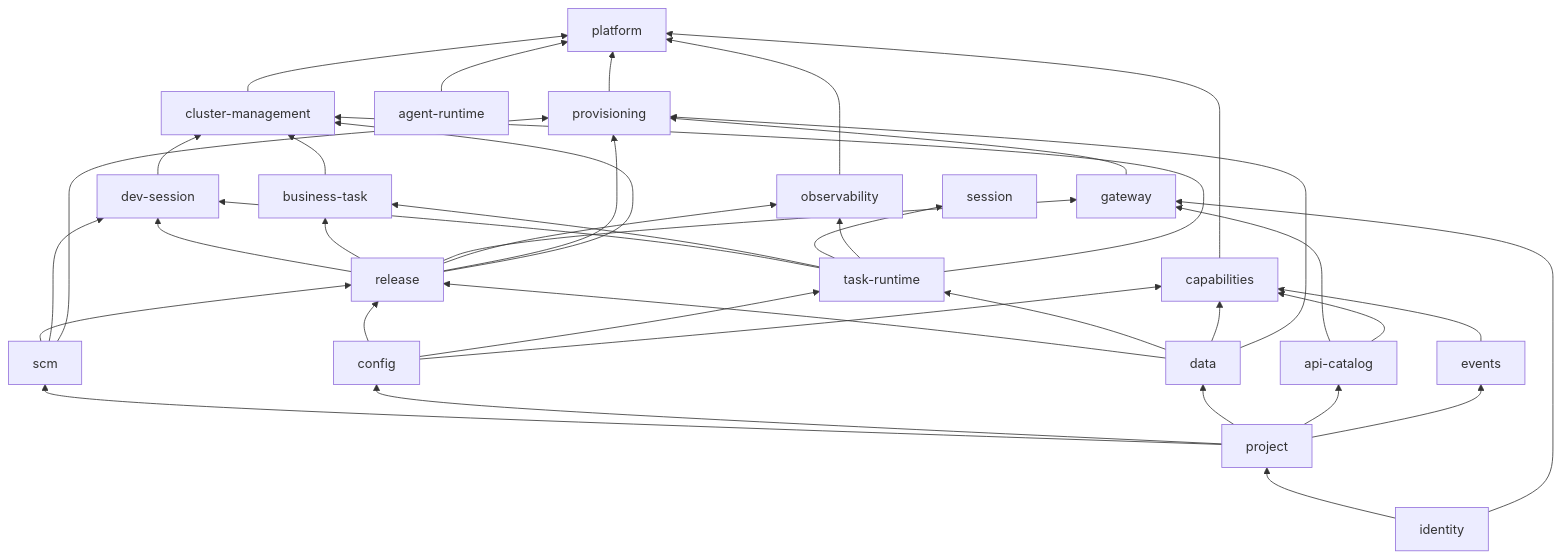
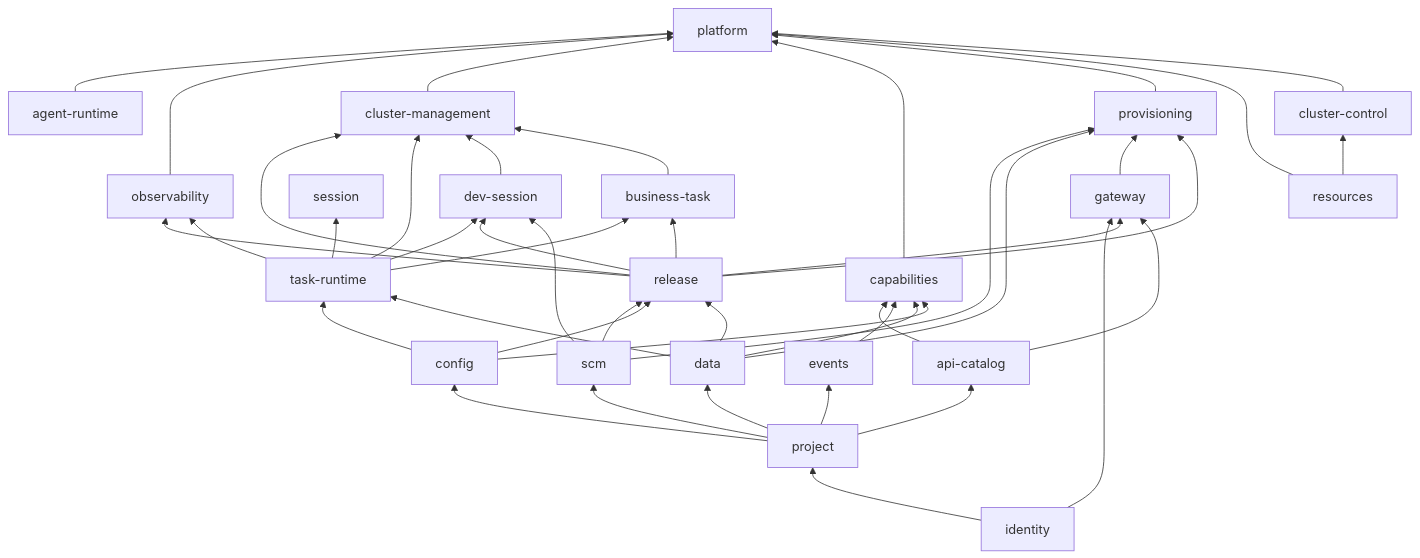
Before and after one commit to wangbinquan/CrewStation: the diagram in docs/engineering/repository-structure.md, drawn with Mermaid. The commit also changed other lines of this file and 81 other files, not shown here.

First line of the commit message:
feat(resources,cluster-control,contracts,api-client): RFC-025 第一期——资源中心台账、调和器骨架与收编空跑、标准视图与推送流

````diff
--- a/docs/engineering/repository-structure.md
+++ b/docs/engineering/repository-structure.md
@@ -212,17 +215,19 @@
 ```mermaid
 flowchart BT
   identity --> project
   project --> scm & config & data & api-catalog & events
   scm & config & data --> release
   config & data --> task-runtime
   task-runtime & release & scm --> dev-session
   task-runtime & release --> business-task
   task-runtime --> session
   identity & release & api-catalog --> gateway
   release & task-runtime --> observability
   api-catalog & events & data & config --> capabilities
   scm & data & gateway & release --> provisioning
   agent-runtime --> platform
   release & task-runtime & dev-session & business-task --> cluster-management
   observability & cluster-management & capabilities & provisioning --> platform
+  resources --> cluster-control
+  resources & cluster-control --> platform
 ```
````
